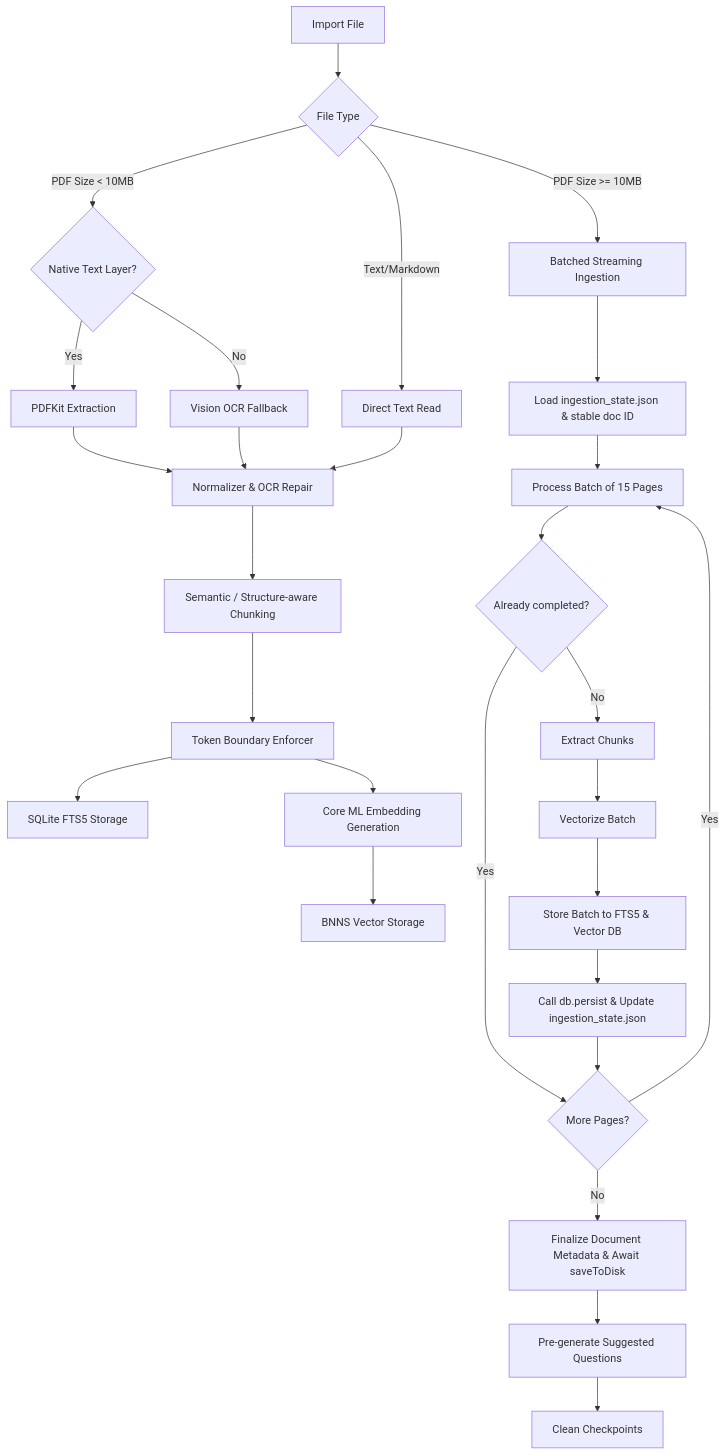
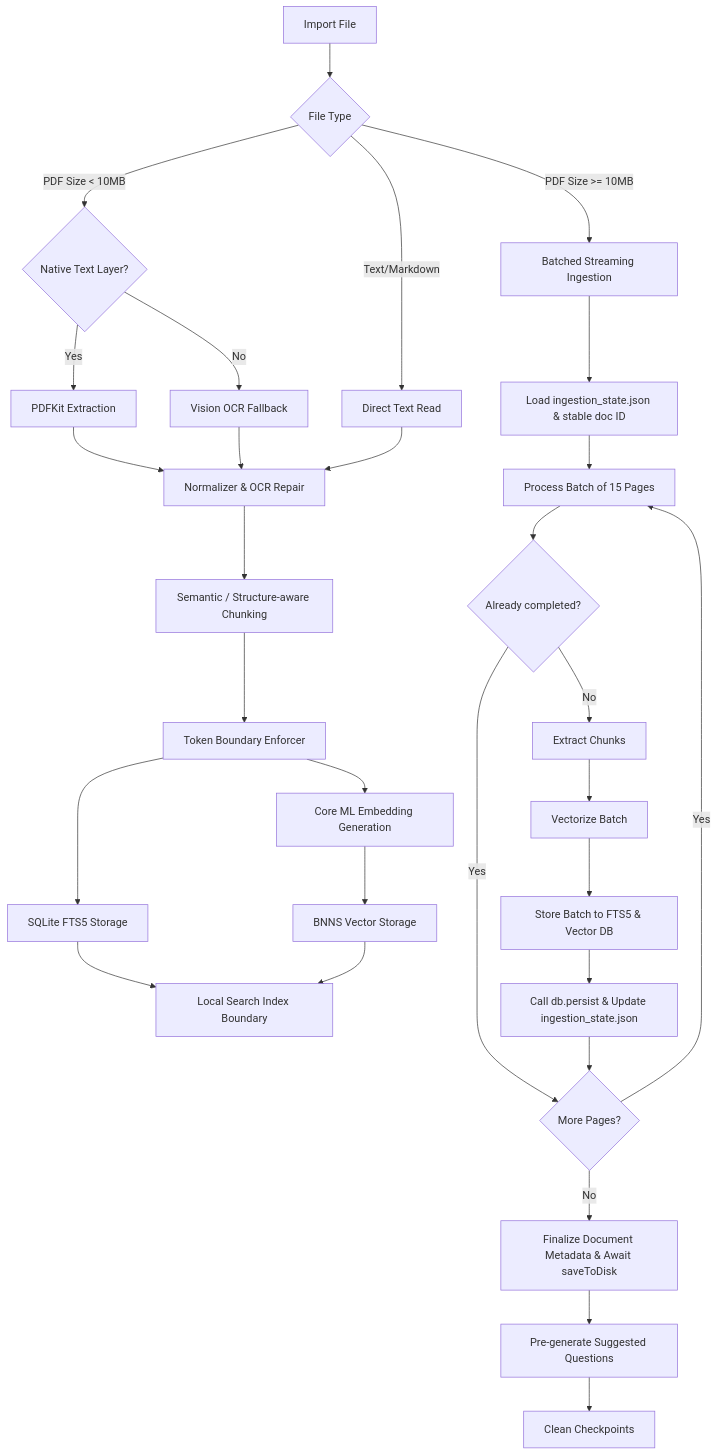
One commit to Gunnarguy/OpenIntelligence changed the diagram in Docs/INGESTION_PIPELINE.md. Above: the diagram before and after it, drawn with Mermaid. The commit also changed other lines of this file and 36 other files, not shown here.

````diff
--- a/Docs/INGESTION_PIPELINE.md
+++ b/Docs/INGESTION_PIPELINE.md
@@ -14,31 +14,33 @@
 ```mermaid
 flowchart TD
     A[Import File] --> B{File Type}
     B -- PDF Size < 10MB --> C{Native Text Layer?}
     B -- PDF Size >= 10MB --> STREAM[Batched Streaming Ingestion]
     C -- Yes --> D[PDFKit Extraction]
     C -- No --> E[Vision OCR Fallback]
     B -- Text/Markdown --> F[Direct Text Read]
     D --> G[Normalizer & OCR Repair]
     E --> G
     F --> G
     G --> H[Semantic / Structure-aware Chunking]
     H --> I[Token Boundary Enforcer]
     I --> J[SQLite FTS5 Storage]
     I --> K[Core ML Embedding Generation]
     K --> L[BNNS Vector Storage]
+    J --> LOCAL[Local Search Index Boundary]
+    L --> LOCAL
     
     STREAM --> STATE[Load ingestion_state.json & stable doc ID]
     STATE --> S1[Process Batch of 15 Pages]
     S1 --> SKIP{Already completed?}
     SKIP -- Yes --> NEXT_BATCH{More Pages?}
     SKIP -- No --> S2[Extract Chunks]
     S2 --> S3[Vectorize Batch]
     S3 --> S4[Store Batch to FTS5 & Vector DB]
     S4 --> S5[Call db.persist & Update ingestion_state.json]
     S5 --> NEXT_BATCH
     NEXT_BATCH -- Yes --> S1
     NEXT_BATCH -- No --> S6[Finalize Document Metadata & Await saveToDisk]
     S6 --> S7[Pre-generate Suggested Questions]
     S7 --> S8[Clean Checkpoints]
 ```
````
